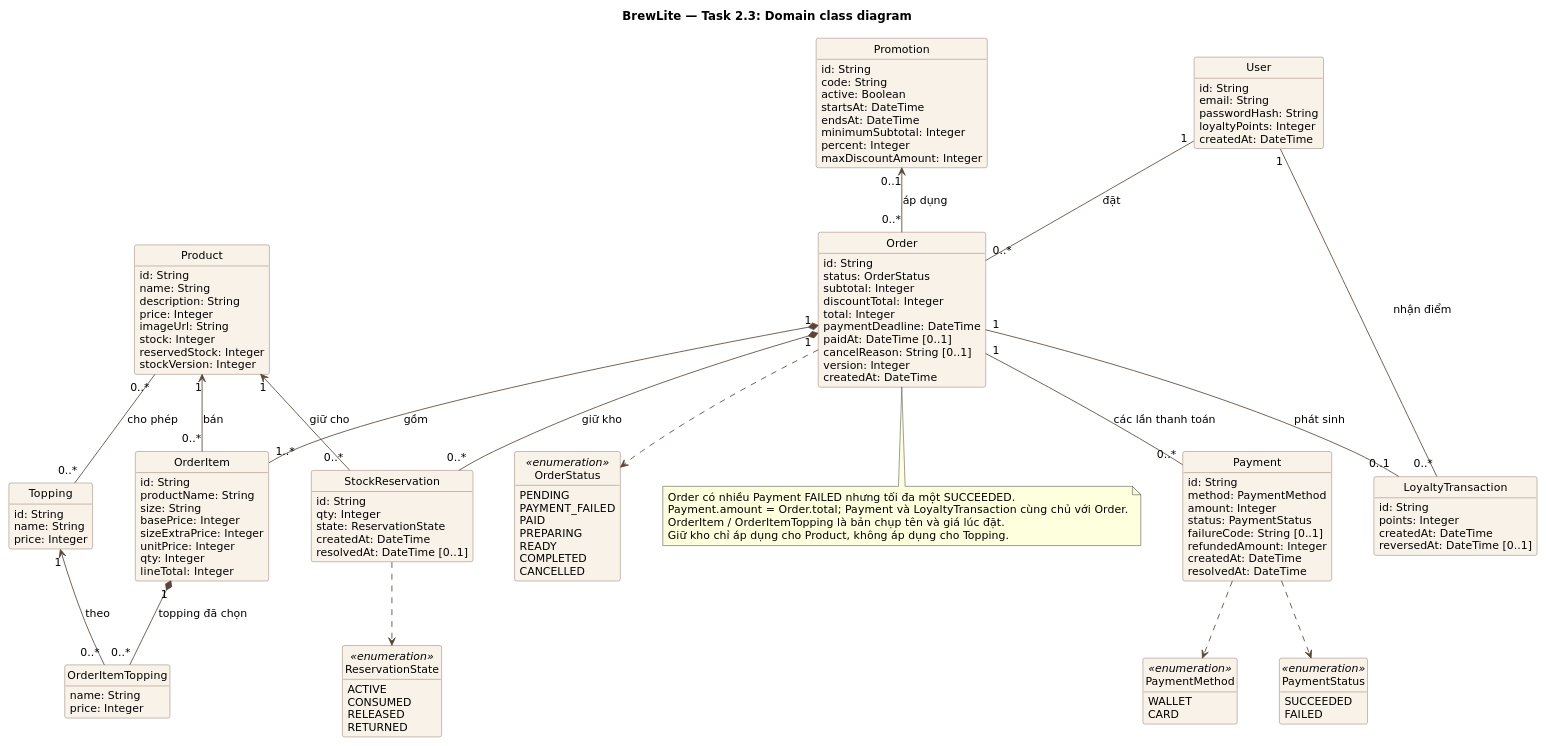
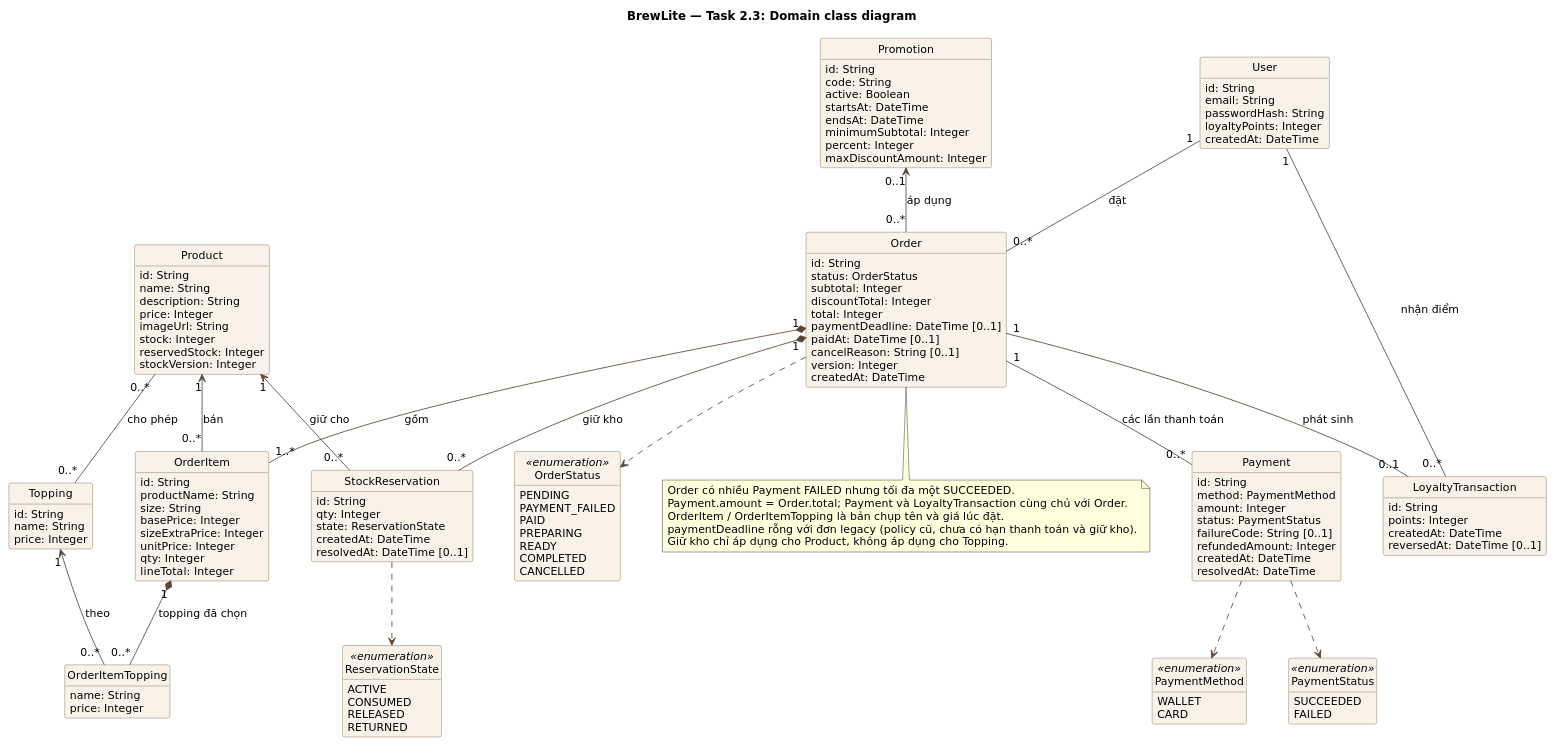
Before and after one commit to giabaot400-boop/BrewLite-Assignment2: the diagram in docs/diagrams/class-domain.puml, drawn with PlantUML. The commit also changed 9 other files, not shown here.

First line of the commit message:
docs(a2): sửa UML Task 2 theo review PR

```diff
--- a/docs/diagrams/class-domain.puml
+++ b/docs/diagrams/class-domain.puml
@@ -1,158 +1,159 @@
 @startuml class-domain
 title BrewLite — Task 2.3: Domain class diagram
 top to bottom direction
 skinparam defaultFontName DejaVu Sans
 skinparam defaultFontSize 13
 skinparam shadowing false
 skinparam backgroundColor #FFFFFF
 skinparam ArrowColor #5B4636
 skinparam classBorderColor #80644F
 skinparam classBackgroundColor #F9F2E9
 skinparam nodesep 50
 skinparam ranksep 60
 hide circle
 hide methods
 
 class User {
   id: String
   email: String
   passwordHash: String
   loyaltyPoints: Integer
   createdAt: DateTime
 }
 
 class Product {
   id: String
   name: String
   description: String
   price: Integer
   imageUrl: String
   stock: Integer
   reservedStock: Integer
   stockVersion: Integer
 }
 
 class Topping {
   id: String
   name: String
   price: Integer
 }
 
 class Order {
   id: String
   status: OrderStatus
   subtotal: Integer
   discountTotal: Integer
   total: Integer
-  paymentDeadline: DateTime
+  paymentDeadline: DateTime [0..1]
   paidAt: DateTime [0..1]
   cancelReason: String [0..1]
   version: Integer
   createdAt: DateTime
 }
 
 class OrderItem {
   id: String
   productName: String
   size: String
   basePrice: Integer
   sizeExtraPrice: Integer
   unitPrice: Integer
   qty: Integer
   lineTotal: Integer
 }
 
 class OrderItemTopping {
   name: String
   price: Integer
 }
 
 class Payment {
   id: String
   method: PaymentMethod
   amount: Integer
   status: PaymentStatus
   failureCode: String [0..1]
   refundedAmount: Integer
   createdAt: DateTime
   resolvedAt: DateTime
 }
 
 class Promotion {
   id: String
   code: String
   active: Boolean
   startsAt: DateTime
   endsAt: DateTime
   minimumSubtotal: Integer
   percent: Integer
   maxDiscountAmount: Integer
 }
 
 class LoyaltyTransaction {
   id: String
   points: Integer
   createdAt: DateTime
   reversedAt: DateTime [0..1]
 }
 
 class StockReservation {
   id: String
   qty: Integer
   state: ReservationState
   createdAt: DateTime
   resolvedAt: DateTime [0..1]
 }
 
 enum OrderStatus <<enumeration>> {
   PENDING
   PAYMENT_FAILED
   PAID
   PREPARING
   READY
   COMPLETED
   CANCELLED
 }
 
 enum PaymentStatus <<enumeration>> {
   SUCCEEDED
   FAILED
 }
 
 enum PaymentMethod <<enumeration>> {
   WALLET
   CARD
 }
 
 enum ReservationState <<enumeration>> {
   ACTIVE
   CONSUMED
   RELEASED
   RETURNED
 }
 
 User "1" -- "0..*" Order : đặt
 Order "1" *-- "1..*" OrderItem : gồm
 OrderItem "1" *-- "0..*" OrderItemTopping : topping đã chọn
 Product "1" <-- "0..*" OrderItem : bán
 Topping "1" <-- "0..*" OrderItemTopping : theo
 Product "0..*" -- "0..*" Topping : cho phép
 Order "1" -- "0..*" Payment : các lần thanh toán
 Promotion "0..1" <-- "0..*" Order : áp dụng
 User "1" -- "0..*" LoyaltyTransaction : nhận điểm
 Order "1" -- "0..1" LoyaltyTransaction : phát sinh
 Order "1" *-- "0..*" StockReservation : giữ kho
 Product "1" <-- "0..*" StockReservation : giữ cho
 
 Order ..> OrderStatus
 Payment ..> PaymentStatus
 Payment ..> PaymentMethod
 StockReservation ..> ReservationState
 
 note bottom of Order
   Order có nhiều Payment FAILED nhưng tối đa một SUCCEEDED.
   Payment.amount = Order.total; Payment và LoyaltyTransaction cùng chủ với Order.
   OrderItem / OrderItemTopping là bản chụp tên và giá lúc đặt.
+  paymentDeadline rỗng với đơn legacy (policy cũ, chưa có hạn thanh toán và giữ kho).
   Giữ kho chỉ áp dụng cho Product, không áp dụng cho Topping.
 end note
 @enduml
```
